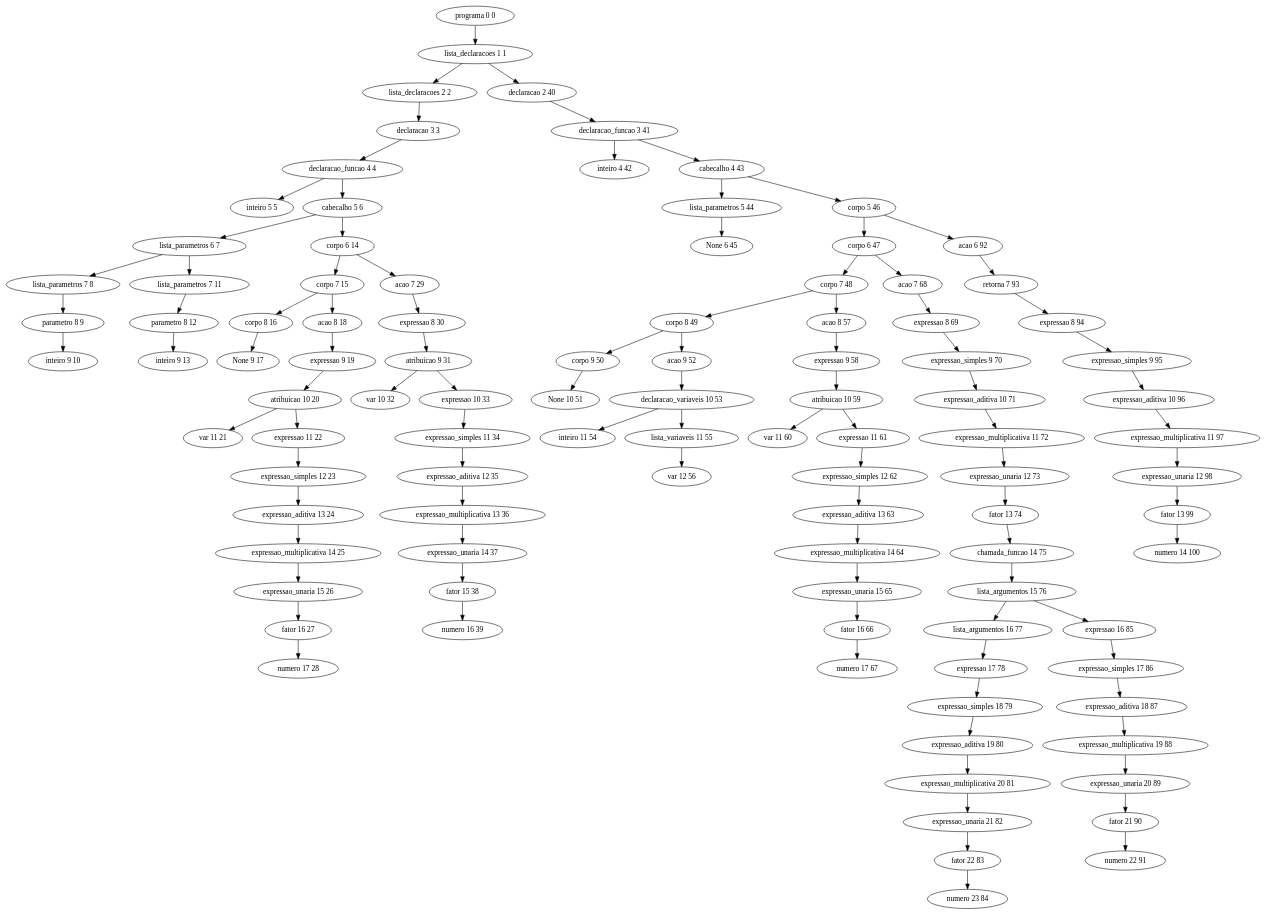
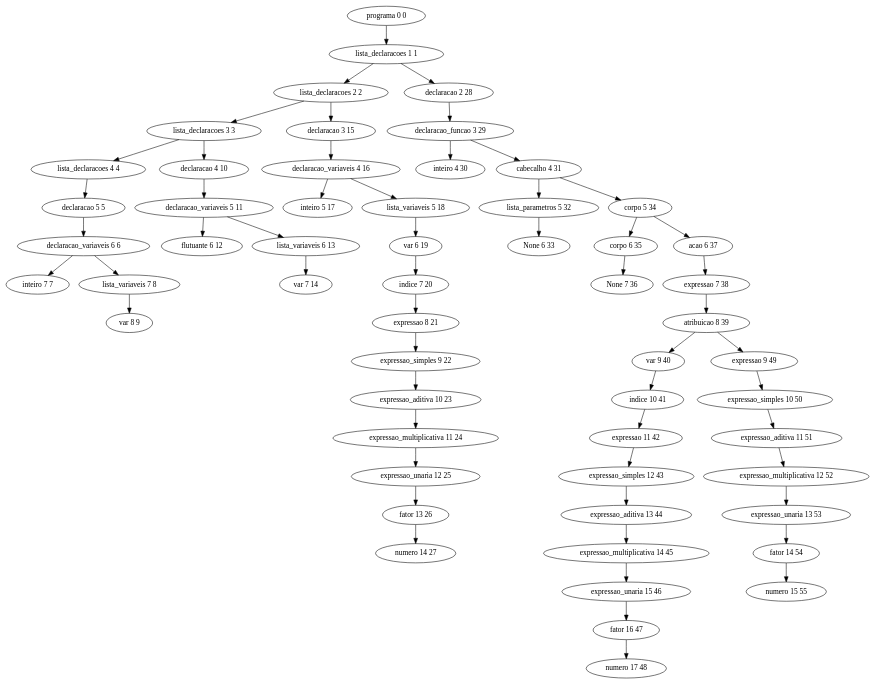
One commit to GuerraUTFPR/CompiladorTPP changed the diagram in Semantica/implementação/GraphOutput.gv. Above: the diagram before and after it, drawn with Graphviz. The commit also changed 9 other files, not shown here.

```diff
--- a/Semantica/implementação/GraphOutput.gv
+++ b/Semantica/implementação/GraphOutput.gv
@@ -1,102 +1,57 @@
 digraph G {
 	"programa 0 0" -> "lista_declaracoes 1 1"
 	"lista_declaracoes 1 1" -> "lista_declaracoes 2 2"
-	"lista_declaracoes 2 2" -> "declaracao 3 3"
-	"declaracao 3 3" -> "declaracao_funcao 4 4"
-	"declaracao_funcao 4 4" -> "inteiro 5 5"
-	"declaracao_funcao 4 4" -> "cabecalho 5 6"
-	"cabecalho 5 6" -> "lista_parametros 6 7"
-	"lista_parametros 6 7" -> "lista_parametros 7 8"
-	"lista_parametros 7 8" -> "parametro 8 9"
-	"parametro 8 9" -> "inteiro 9 10"
-	"lista_parametros 6 7" -> "lista_parametros 7 11"
-	"lista_parametros 7 11" -> "parametro 8 12"
-	"parametro 8 12" -> "inteiro 9 13"
-	"cabecalho 5 6" -> "corpo 6 14"
-	"corpo 6 14" -> "corpo 7 15"
-	"corpo 7 15" -> "corpo 8 16"
-	"corpo 8 16" -> "None 9 17"
-	"corpo 7 15" -> "acao 8 18"
-	"acao 8 18" -> "expressao 9 19"
-	"expressao 9 19" -> "atribuicao 10 20"
-	"atribuicao 10 20" -> "var 11 21"
-	"atribuicao 10 20" -> "expressao 11 22"
-	"expressao 11 22" -> "expressao_simples 12 23"
-	"expressao_simples 12 23" -> "expressao_aditiva 13 24"
-	"expressao_aditiva 13 24" -> "expressao_multiplicativa 14 25"
-	"expressao_multiplicativa 14 25" -> "expressao_unaria 15 26"
-	"expressao_unaria 15 26" -> "fator 16 27"
-	"fator 16 27" -> "numero 17 28"
-	"corpo 6 14" -> "acao 7 29"
-	"acao 7 29" -> "expressao 8 30"
-	"expressao 8 30" -> "atribuicao 9 31"
-	"atribuicao 9 31" -> "var 10 32"
-	"atribuicao 9 31" -> "expressao 10 33"
-	"expressao 10 33" -> "expressao_simples 11 34"
-	"expressao_simples 11 34" -> "expressao_aditiva 12 35"
-	"expressao_aditiva 12 35" -> "expressao_multiplicativa 13 36"
-	"expressao_multiplicativa 13 36" -> "expressao_unaria 14 37"
-	"expressao_unaria 14 37" -> "fator 15 38"
-	"fator 15 38" -> "numero 16 39"
-	"lista_declaracoes 1 1" -> "declaracao 2 40"
-	"declaracao 2 40" -> "declaracao_funcao 3 41"
-	"declaracao_funcao 3 41" -> "inteiro 4 42"
-	"declaracao_funcao 3 41" -> "cabecalho 4 43"
-	"cabecalho 4 43" -> "lista_parametros 5 44"
-	"lista_parametros 5 44" -> "None 6 45"
-	"cabecalho 4 43" -> "corpo 5 46"
-	"corpo 5 46" -> "corpo 6 47"
-	"corpo 6 47" -> "corpo 7 48"
-	"corpo 7 48" -> "corpo 8 49"
-	"corpo 8 49" -> "corpo 9 50"
-	"corpo 9 50" -> "None 10 51"
-	"corpo 8 49" -> "acao 9 52"
-	"acao 9 52" -> "declaracao_variaveis 10 53"
-	"declaracao_variaveis 10 53" -> "inteiro 11 54"
-	"declaracao_variaveis 10 53" -> "lista_variaveis 11 55"
-	"lista_variaveis 11 55" -> "var 12 56"
-	"corpo 7 48" -> "acao 8 57"
-	"acao 8 57" -> "expressao 9 58"
-	"expressao 9 58" -> "atribuicao 10 59"
-	"atribuicao 10 59" -> "var 11 60"
-	"atribuicao 10 59" -> "expressao 11 61"
-	"expressao 11 61" -> "expressao_simples 12 62"
-	"expressao_simples 12 62" -> "expressao_aditiva 13 63"
-	"expressao_aditiva 13 63" -> "expressao_multiplicativa 14 64"
-	"expressao_multiplicativa 14 64" -> "expressao_unaria 15 65"
-	"expressao_unaria 15 65" -> "fator 16 66"
-	"fator 16 66" -> "numero 17 67"
-	"corpo 6 47" -> "acao 7 68"
-	"acao 7 68" -> "expressao 8 69"
-	"expressao 8 69" -> "expressao_simples 9 70"
-	"expressao_simples 9 70" -> "expressao_aditiva 10 71"
-	"expressao_aditiva 10 71" -> "expressao_multiplicativa 11 72"
-	"expressao_multiplicativa 11 72" -> "expressao_unaria 12 73"
-	"expressao_unaria 12 73" -> "fator 13 74"
-	"fator 13 74" -> "chamada_funcao 14 75"
-	"chamada_funcao 14 75" -> "lista_argumentos 15 76"
-	"lista_argumentos 15 76" -> "lista_argumentos 16 77"
-	"lista_argumentos 16 77" -> "expressao 17 78"
-	"expressao 17 78" -> "expressao_simples 18 79"
-	"expressao_simples 18 79" -> "expressao_aditiva 19 80"
-	"expressao_aditiva 19 80" -> "expressao_multiplicativa 20 81"
-	"expressao_multiplicativa 20 81" -> "expressao_unaria 21 82"
-	"expressao_unaria 21 82" -> "fator 22 83"
-	"fator 22 83" -> "numero 23 84"
-	"lista_argumentos 15 76" -> "expressao 16 85"
-	"expressao 16 85" -> "expressao_simples 17 86"
-	"expressao_simples 17 86" -> "expressao_aditiva 18 87"
-	"expressao_aditiva 18 87" -> "expressao_multiplicativa 19 88"
-	"expressao_multiplicativa 19 88" -> "expressao_unaria 20 89"
-	"expressao_unaria 20 89" -> "fator 21 90"
-	"fator 21 90" -> "numero 22 91"
-	"corpo 5 46" -> "acao 6 92"
-	"acao 6 92" -> "retorna 7 93"
-	"retorna 7 93" -> "expressao 8 94"
-	"expressao 8 94" -> "expressao_simples 9 95"
-	"expressao_simples 9 95" -> "expressao_aditiva 10 96"
-	"expressao_aditiva 10 96" -> "expressao_multiplicativa 11 97"
-	"expressao_multiplicativa 11 97" -> "expressao_unaria 12 98"
-	"expressao_unaria 12 98" -> "fator 13 99"
-	"fator 13 99" -> "numero 14 100"
+	"lista_declaracoes 2 2" -> "lista_declaracoes 3 3"
+	"lista_declaracoes 3 3" -> "lista_declaracoes 4 4"
+	"lista_declaracoes 4 4" -> "declaracao 5 5"
+	"declaracao 5 5" -> "declaracao_variaveis 6 6"
+	"declaracao_variaveis 6 6" -> "inteiro 7 7"
+	"declaracao_variaveis 6 6" -> "lista_variaveis 7 8"
+	"lista_variaveis 7 8" -> "var 8 9"
+	"lista_declaracoes 3 3" -> "declaracao 4 10"
+	"declaracao 4 10" -> "declaracao_variaveis 5 11"
+	"declaracao_variaveis 5 11" -> "flutuante 6 12"
+	"declaracao_variaveis 5 11" -> "lista_variaveis 6 13"
+	"lista_variaveis 6 13" -> "var 7 14"
+	"lista_declaracoes 2 2" -> "declaracao 3 15"
+	"declaracao 3 15" -> "declaracao_variaveis 4 16"
+	"declaracao_variaveis 4 16" -> "inteiro 5 17"
+	"declaracao_variaveis 4 16" -> "lista_variaveis 5 18"
+	"lista_variaveis 5 18" -> "var 6 19"
+	"var 6 19" -> "indice 7 20"
+	"indice 7 20" -> "expressao 8 21"
+	"expressao 8 21" -> "expressao_simples 9 22"
+	"expressao_simples 9 22" -> "expressao_aditiva 10 23"
+	"expressao_aditiva 10 23" -> "expressao_multiplicativa 11 24"
+	"expressao_multiplicativa 11 24" -> "expressao_unaria 12 25"
+	"expressao_unaria 12 25" -> "fator 13 26"
+	"fator 13 26" -> "numero 14 27"
+	"lista_declaracoes 1 1" -> "declaracao 2 28"
+	"declaracao 2 28" -> "declaracao_funcao 3 29"
+	"declaracao_funcao 3 29" -> "inteiro 4 30"
+	"declaracao_funcao 3 29" -> "cabecalho 4 31"
+	"cabecalho 4 31" -> "lista_parametros 5 32"
+	"lista_parametros 5 32" -> "None 6 33"
+	"cabecalho 4 31" -> "corpo 5 34"
+	"corpo 5 34" -> "corpo 6 35"
+	"corpo 6 35" -> "None 7 36"
+	"corpo 5 34" -> "acao 6 37"
+	"acao 6 37" -> "expressao 7 38"
+	"expressao 7 38" -> "atribuicao 8 39"
+	"atribuicao 8 39" -> "var 9 40"
+	"var 9 40" -> "indice 10 41"
+	"indice 10 41" -> "expressao 11 42"
+	"expressao 11 42" -> "expressao_simples 12 43"
+	"expressao_simples 12 43" -> "expressao_aditiva 13 44"
+	"expressao_aditiva 13 44" -> "expressao_multiplicativa 14 45"
+	"expressao_multiplicativa 14 45" -> "expressao_unaria 15 46"
+	"expressao_unaria 15 46" -> "fator 16 47"
+	"fator 16 47" -> "numero 17 48"
+	"atribuicao 8 39" -> "expressao 9 49"
+	"expressao 9 49" -> "expressao_simples 10 50"
+	"expressao_simples 10 50" -> "expressao_aditiva 11 51"
+	"expressao_aditiva 11 51" -> "expressao_multiplicativa 12 52"
+	"expressao_multiplicativa 12 52" -> "expressao_unaria 13 53"
+	"expressao_unaria 13 53" -> "fator 14 54"
+	"fator 14 54" -> "numero 15 55"
 }
```
